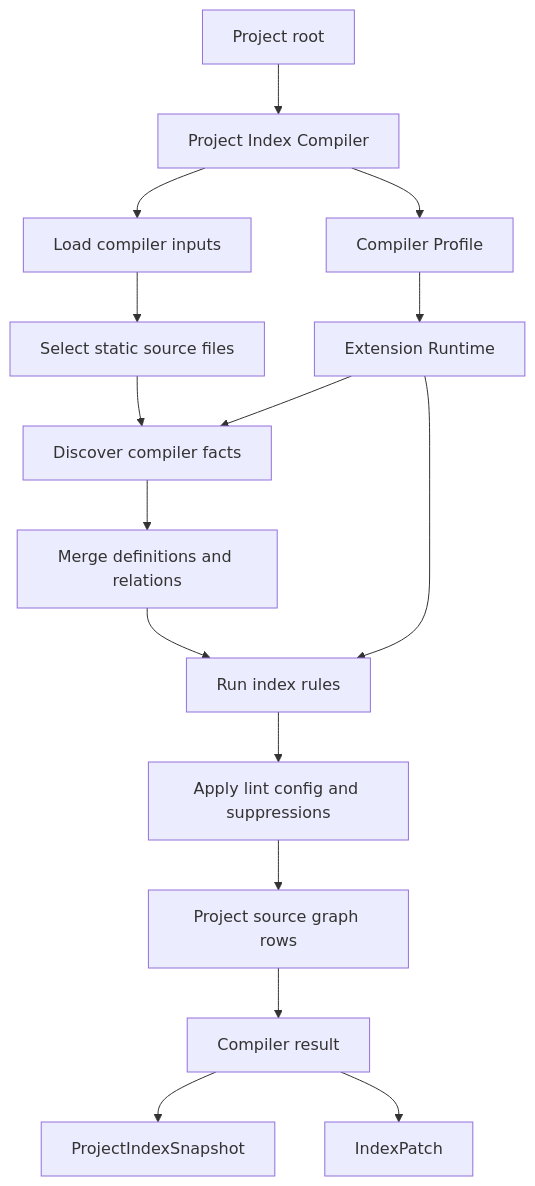
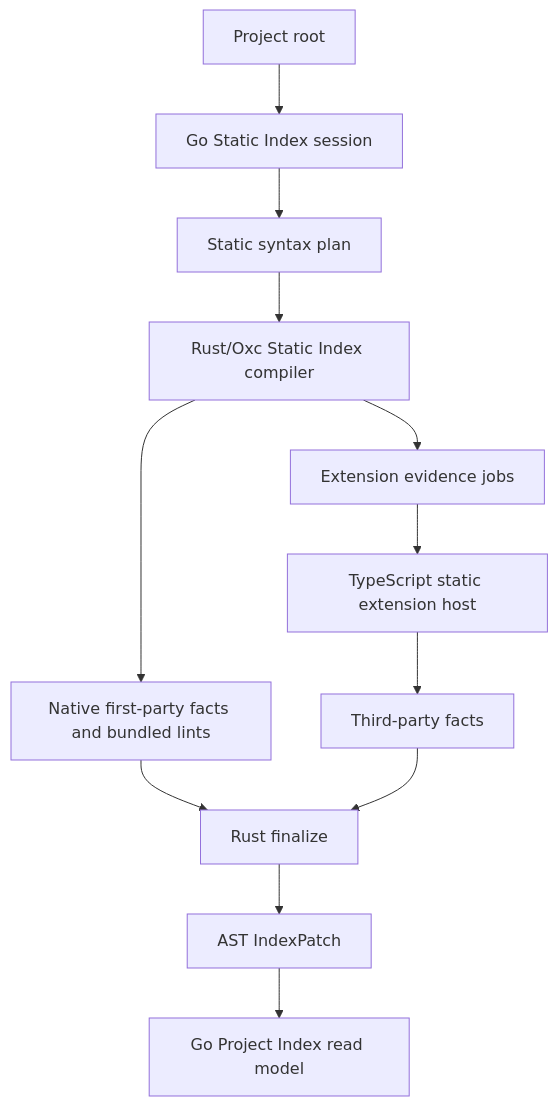
One commit to use-crux/crux changed the first of 8 diagrams in packages/indexer/ARCHITECTURE.md. Above: the diagram before and after it, drawn with Mermaid. The commit also changed other lines of this file and 86 other files, not shown here.

Commit message:
refactor(indexer): remove legacy TypeScript compiler pipeline (kit P5)

````diff
--- a/packages/indexer/ARCHITECTURE.md
+++ b/packages/indexer/ARCHITECTURE.md
@@ -109,18 +109,14 @@
 ```mermaid
 flowchart TD
-  A["Project root"] --> B["Project Index Compiler"]
-  B --> C["Compiler Profile"]
-  C --> D["Extension Runtime"]
-  B --> E["Load compiler inputs"]
-  E --> F["Select static source files"]
-  F --> G["Discover compiler facts"]
-  D --> G
-  G --> H["Merge definitions and relations"]
-  H --> I["Run index rules"]
-  D --> I
-  I --> J["Apply lint config and suppressions"]
-  J --> K["Project source graph rows"]
-  K --> L["Compiler result"]
-  L --> M["ProjectIndexSnapshot"]
-  L --> N["IndexPatch"]
+  A["Project root"] --> B["Go Static Index session"]
+  B --> C["Static syntax plan"]
+  C --> D["Rust/Oxc Static Index compiler"]
+  D --> E["Native first-party facts and bundled lints"]
+  D --> F["Extension evidence jobs"]
+  F --> G["TypeScript static extension host"]
+  G --> H["Third-party facts"]
+  E --> I["Rust finalize"]
+  H --> I
+  I --> J["AST IndexPatch"]
+  J --> K["Go Project Index read model"]
 ```
````
